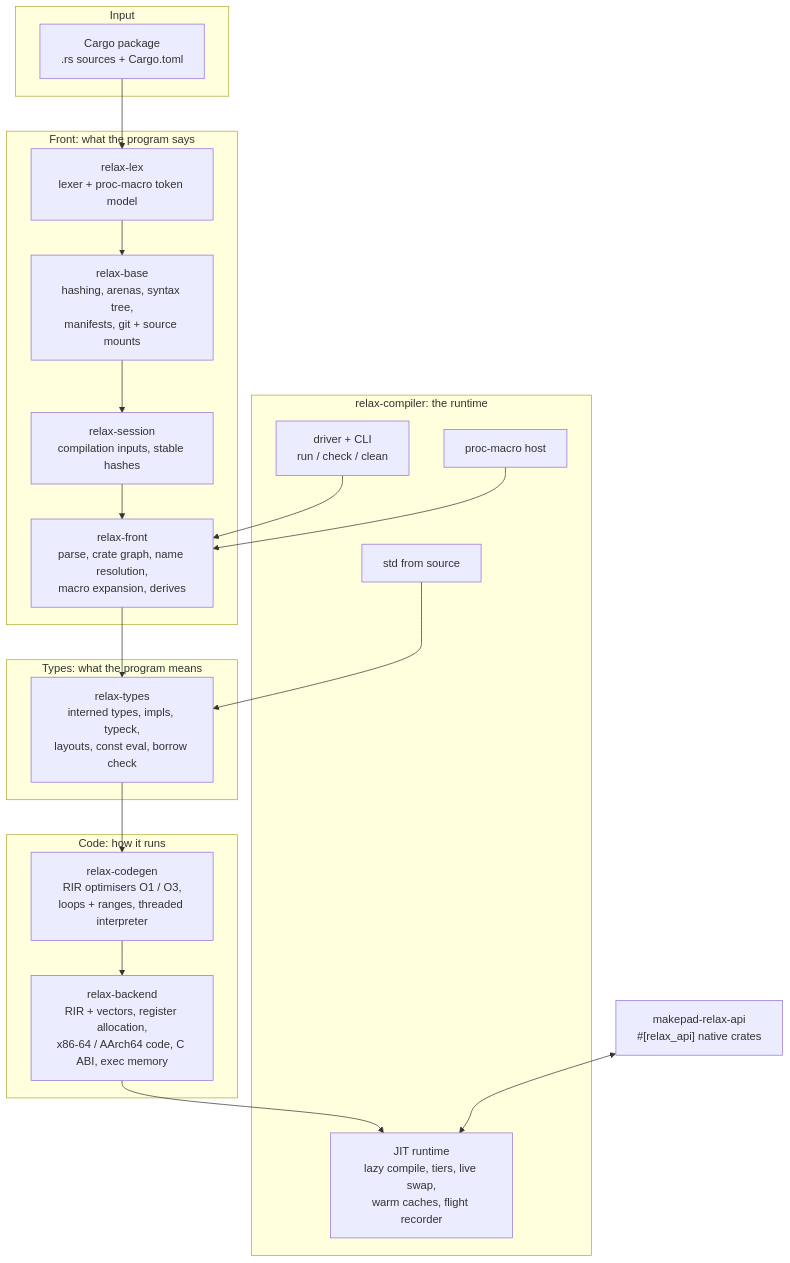
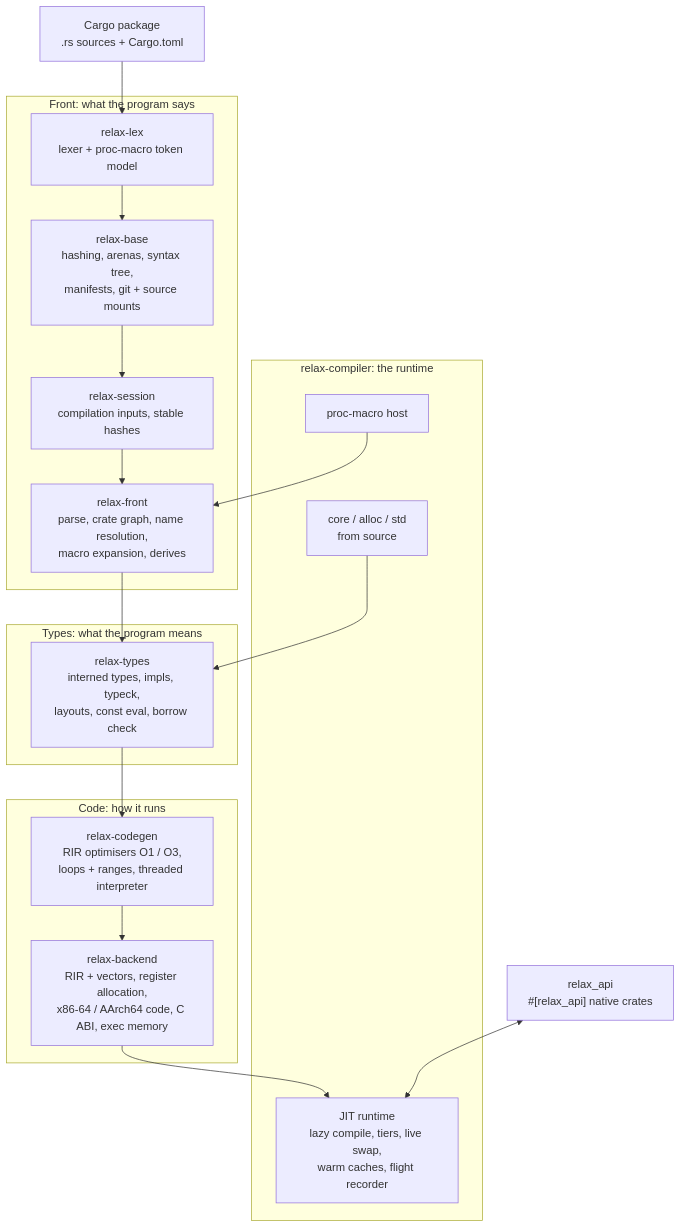
One commit to lacion/relax changed the first of 2 diagrams in README.md. Above: the diagram before and after it, drawn with Mermaid. The commit also changed other lines of this file and 215 other files, not shown here.

First line of the commit message:
A Cargo workspace that builds on its own; README about Relax

````diff
--- a/README.md
+++ b/README.md
@@ -41,37 +49,33 @@
 ```mermaid
 flowchart TB
-    subgraph IN["Input"]
-        SRC["Cargo package<br/>.rs sources + Cargo.toml"]
-    end
+    SRC["Cargo package<br/>.rs sources + Cargo.toml"]
 
     subgraph FRONT["Front: what the program says"]
         LEX["relax-lex<br/>lexer + proc-macro token model"]
         BASE["relax-base<br/>hashing, arenas, syntax tree,<br/>manifests, git + source mounts"]
         SES["relax-session<br/>compilation inputs, stable hashes"]
         FE["relax-front<br/>parse, crate graph, name resolution,<br/>macro expansion, derives"]
     end
 
     subgraph MID["Types: what the program means"]
         TY["relax-types<br/>interned types, impls, typeck,<br/>layouts, const eval, borrow check"]
     end
 
     subgraph LOW["Code: how it runs"]
         CG["relax-codegen<br/>RIR optimisers O1 / O3,<br/>loops + ranges, threaded interpreter"]
         BE["relax-backend<br/>RIR + vectors, register allocation,<br/>x86-64 / AArch64 code, C ABI, exec memory"]
     end
 
     subgraph RT["relax-compiler: the runtime"]
-        DRV["driver + CLI<br/>run / check / clean"]
         JIT["JIT runtime<br/>lazy compile, tiers, live swap,<br/>warm caches, flight recorder"]
-        STD["std from source"]
+        STD["core / alloc / std<br/>from source"]
         PM["proc-macro host"]
     end
 
-    API["makepad-relax-api<br/>#[relax_api] native crates"]
+    API["relax_api<br/>#[relax_api] native crates"]
 
     SRC --> LEX --> BASE --> SES --> FE --> TY --> CG --> BE --> JIT
-    DRV --> FE
     PM --> FE
     STD --> TY
     API <--> JIT
 ```
````
